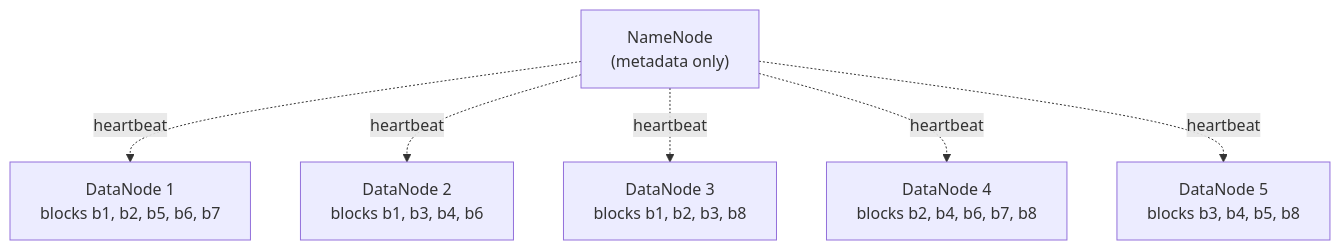
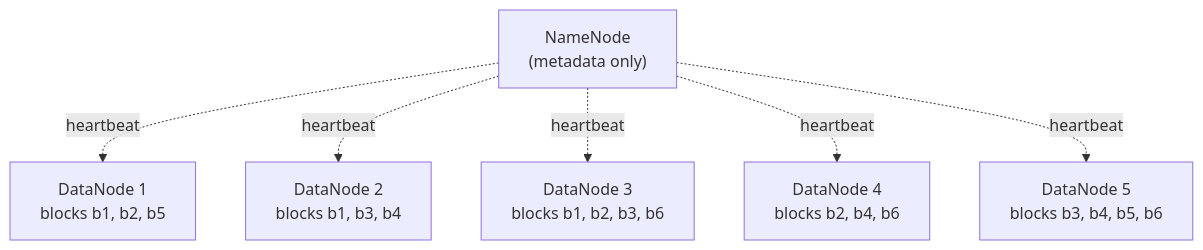
One commit to hvipatel/CS675-Financial-Fraud-Analytics changed the first of 4 diagrams in lecture-5/lecture-5.md. Above: the diagram before and after it, drawn with Mermaid. The commit also changed other lines of this file and 1 other file, not shown here.

````diff
--- a/lecture-5/lecture-5.md
+++ b/lecture-5/lecture-5.md
@@ -32,14 +23,14 @@
 ```mermaid
 flowchart TD
     NN["NameNode<br/>(metadata only)"]
-    DN1["DataNode 1<br/>blocks b1, b2, b5, b6, b7"]
-    DN2["DataNode 2<br/>blocks b1, b3, b4, b6"]
-    DN3["DataNode 3<br/>blocks b1, b2, b3, b8"]
-    DN4["DataNode 4<br/>blocks b2, b4, b6, b7, b8"]
-    DN5["DataNode 5<br/>blocks b3, b4, b5, b8"]
+    DN1["DataNode 1<br/>blocks b1, b2, b5"]
+    DN2["DataNode 2<br/>blocks b1, b3, b4"]
+    DN3["DataNode 3<br/>blocks b1, b2, b3, b6"]
+    DN4["DataNode 4<br/>blocks b2, b4, b6"]
+    DN5["DataNode 5<br/>blocks b3, b4, b5, b6"]
     NN -.heartbeat.-> DN1
     NN -.heartbeat.-> DN2
     NN -.heartbeat.-> DN3
     NN -.heartbeat.-> DN4
     NN -.heartbeat.-> DN5
 ```
````
